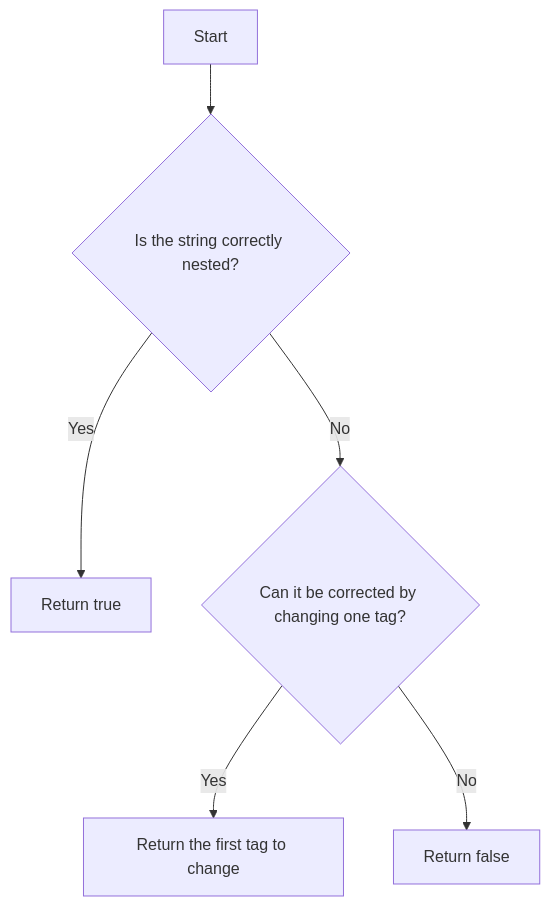
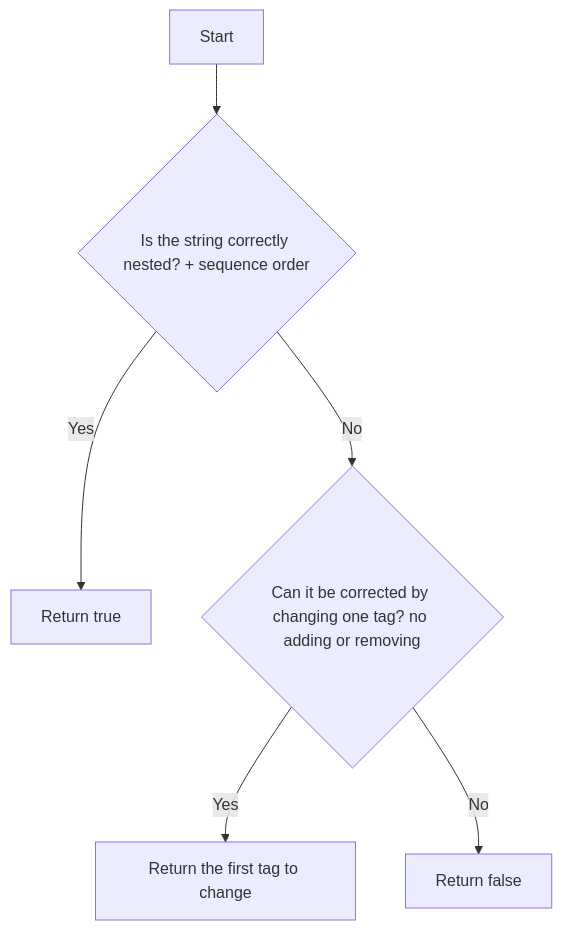
The diagram in README.md (salimt/CheckDOM-Challenge-Assignment), drawn with Mermaid before and after one commit.

````diff
--- a/README.md
+++ b/README.md
@@ -59,8 +59,8 @@
 ```mermaid
 graph TD;
-    A[Start] --> B{Is the string correctly nested?};
+    A[Start] --> B{Is the string correctly nested? + sequence order};
     B -- Yes --> C[Return true];
-    B -- No --> D{Can it be corrected by changing one tag?};
+    B -- No --> D{Can it be corrected by changing one tag? no adding or removing};
     D -- Yes --> E[Return the first tag to change];
     D -- No --> F[Return false];
 ```
````
